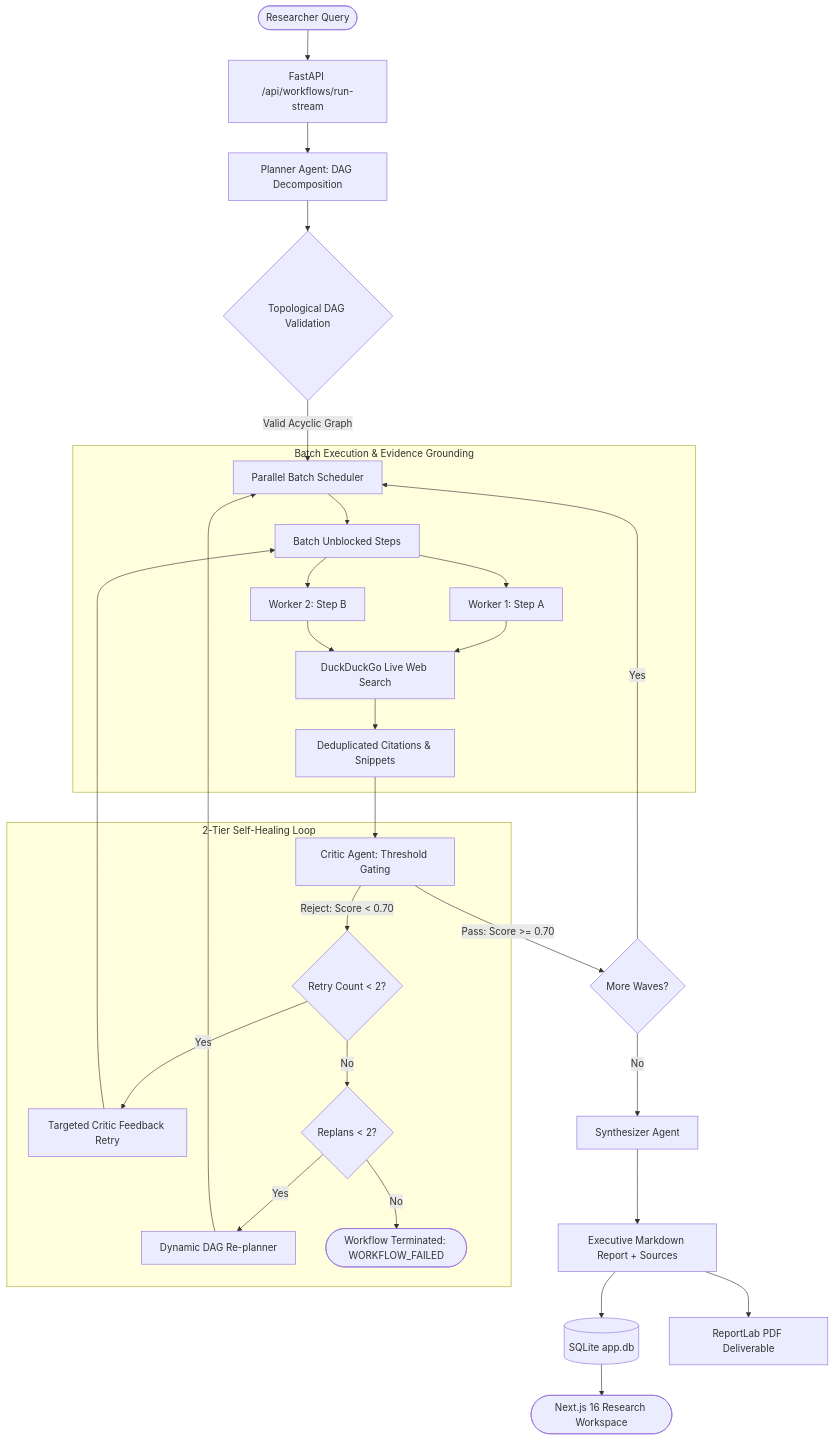
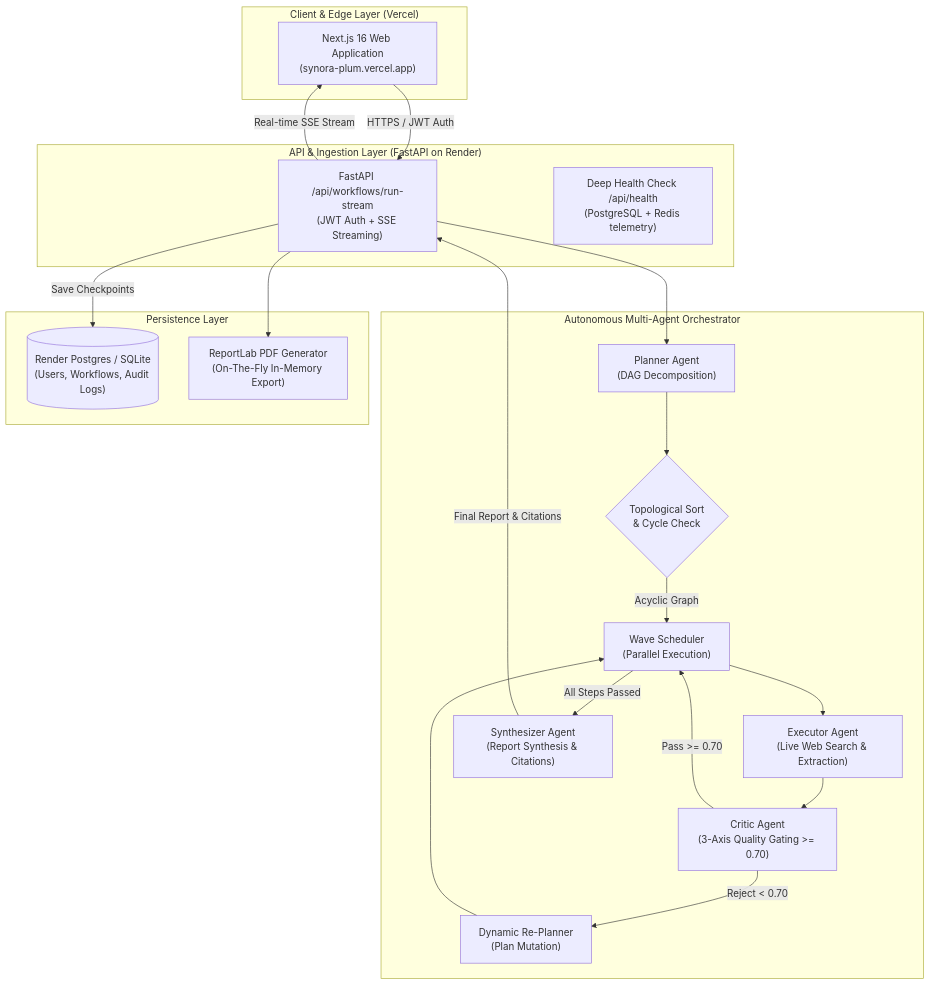
One commit to ASHUTOSH-SHUKLAA/Planner-Executor-Critic-Multi-Agent-System changed the diagram in README.md. Above: the diagram before and after it, drawn with Mermaid. The commit also changed other lines of this file, not shown here.

Commit message:
docs: update README with live Vercel deployment URL, system badges, and dual-architecture guide

````diff
--- a/README.md
+++ b/README.md
@@ -33,36 +43,41 @@
 ```mermaid
 flowchart TD
-    User([Researcher Query]) --> API[FastAPI /api/workflows/run-stream]
-    API --> Planner[Planner Agent: DAG Decomposition]
-    Planner --> ValidateDAG{Topological DAG Validation}
-    ValidateDAG -- Valid Acyclic Graph --> WaveScheduler[Parallel Batch Scheduler]
-
-    subgraph Batch Execution & Evidence Grounding
-        WaveScheduler --> Batch[Batch Unblocked Steps]
-        Batch --> Exec1[Worker 1: Step A]
-        Batch --> Exec2[Worker 2: Step B]
-        Exec1 & Exec2 --> SearchTool[DuckDuckGo Live Web Search]
-        SearchTool --> Evidence[Deduplicated Citations & Snippets]
+    subgraph Client_Layer["Client & Edge Layer (Vercel)"]
+        UI["Next.js 16 Web Application\n(synora-plum.vercel.app)"]
     end
 
-    Evidence --> Critic[Critic Agent: Threshold Gating]
-
-    subgraph 2-Tier Self-Healing Loop
-        Critic -- Reject: Score < 0.70 --> RetryCheck{Retry Count < 2?}
-        RetryCheck -- Yes --> TargetedFeedback[Targeted Critic Feedback Retry]
-        TargetedFeedback --> Batch
-        RetryCheck -- No --> ReplanCheck{Replans < 2?}
-        ReplanCheck -- Yes --> Replanner[Dynamic DAG Re-planner]
-        Replanner --> WaveScheduler
-        ReplanCheck -- No --> Fail([Workflow Terminated: WORKFLOW_FAILED])
+    subgraph API_Layer["API & Ingestion Layer (FastAPI on Render)"]
+        API["FastAPI /api/workflows/run-stream\n(JWT Auth + SSE Streaming)"]
+        Health["Deep Health Check /api/health\n(PostgreSQL + Redis telemetry)"]
     end
 
-    Critic -- Pass: Score >= 0.70 --> NextWave{More Waves?}
-    NextWave -- Yes --> WaveScheduler
-    NextWave -- No --> Synthesizer[Synthesizer Agent]
+    subgraph Agent_Orchestrator["Autonomous Multi-Agent Orchestrator"]
+        Planner["Planner Agent\n(DAG Decomposition)"]
+        TopoValidate{"Topological Sort\n& Cycle Check"}
+        BatchEngine["Wave Scheduler\n(Parallel Execution)"]
+        Executor["Executor Agent\n(Live Web Search & Extraction)"]
+        Critic["Critic Agent\n(3-Axis Quality Gating >= 0.70)"]
+        Replanner["Dynamic Re-Planner\n(Plan Mutation)"]
+        Synthesizer["Synthesizer Agent\n(Report Synthesis & Citations)"]
+    end
 
-    Synthesizer --> Report[Executive Markdown Report + Sources]
-    Report --> Persist[(SQLite app.db)]
-    Persist --> UI([Next.js 16 Research Workspace])
-    Report --> PDFExport[ReportLab PDF Deliverable]
+    subgraph Storage_Layer["Persistence Layer"]
+        Postgres[("Render Postgres / SQLite\n(Users, Workflows, Audit Logs)")]
+        PDFGen["ReportLab PDF Generator\n(On-The-Fly In-Memory Export)"]
+    end
+
+    UI -->|HTTPS / JWT Auth| API
+    API --> Planner
+    Planner --> TopoValidate
+    TopoValidate -->|Acyclic Graph| BatchEngine
+    BatchEngine --> Executor
+    Executor --> Critic
+    Critic -->|Pass >= 0.70| BatchEngine
+    Critic -->|Reject < 0.70| Replanner
+    Replanner --> BatchEngine
+    BatchEngine -->|All Steps Passed| Synthesizer
+    Synthesizer -->|Final Report & Citations| API
+    API -->|Save Checkpoints| Postgres
+    API -->|Real-time SSE Stream| UI
+    API --> PDFGen
 ```
````
